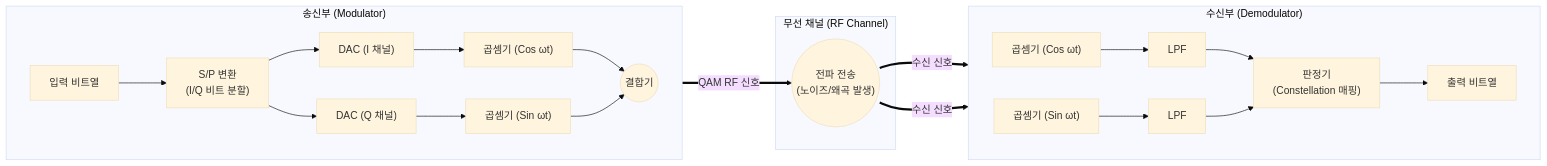
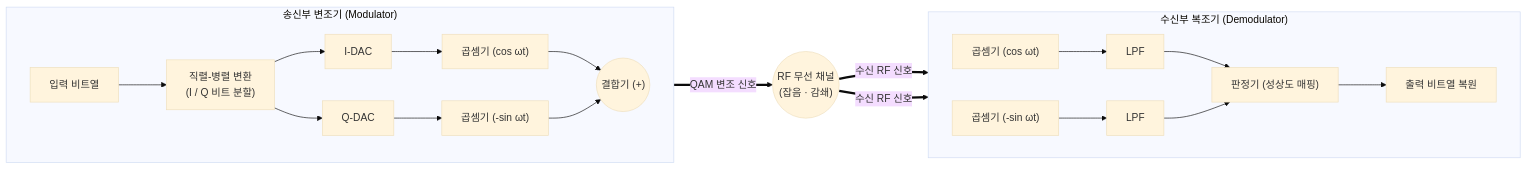
One commit to supremethumb/supremethumb.github.io changed the diagram in content/01_IT Tech/QAM(Quadrature Amplitude Modulation)--.md. Above: the diagram before and after it, drawn with Mermaid (base theme). The commit also changed other lines of this file and 362 other files, not shown here.

````diff
--- a/content/01_IT Tech/QAM(Quadrature Amplitude Modulation)--.md
+++ b/content/01_IT Tech/QAM(Quadrature Amplitude Modulation)--.md
@@ -30,31 +37,27 @@
 ```mermaid
 flowchart LR
-    subgraph Transmitter ["송신부 (Modulator)"]
+    subgraph Modulator ["송신부 변조기 (Modulator)"]
         direction LR
-        DataIn["입력 비트열"] --> S_P["S/P 변환<br/>(I/Q 비트 분할)"]
-        S_P --> DAC_I["DAC (I 채널)"]
-        S_P --> DAC_Q["DAC (Q 채널)"]
-        DAC_I --> MultI["곱셈기 (Cos ωt)"]
-        DAC_Q --> MultQ["곱셈기 (Sin ωt)"]
-        MultI --> Adder(("결합기"))
-        MultQ --> Adder
+        Bits["입력 비트열"] --> SP["직렬-병렬 변환<br/>(I / Q 비트 분할)"]
+        SP --> DAC_I["I-DAC"]
+        SP --> DAC_Q["Q-DAC"]
+        DAC_I --> Mult_I["곱셈기 (cos ωt)"]
+        DAC_Q --> Mult_Q["곱셈기 (-sin ωt)"]
+        Mult_I --> Add(("결합기 (+)"))
+        Mult_Q --> Add
     end
 
-    subgraph Channel ["무선 채널 (RF Channel)"]
-        Medium(("전파 전송<br/>(노이즈/왜곡 발생)"))
+    Channel(("RF 무선 채널<br/>(잡음 · 감쇄)"))
+
+    subgraph Demodulator ["수신부 복조기 (Demodulator)"]
+        direction LR
+        Dem_I["곱셈기 (cos ωt)"] --> LPF_I["LPF"]
+        Dem_Q["곱셈기 (-sin ωt)"] --> LPF_Q["LPF"]
+        LPF_I --> Dec["판정기 (성상도 매핑)"]
+        LPF_Q --> Dec
+        Dec --> Out["출력 비트열 복원"]
     end
 
-    subgraph Receiver ["수신부 (Demodulator)"]
-        direction LR
-        MultI_R["곱셈기 (Cos ωt)"] --> LPF_I["LPF"]
-        MultQ_R["곱셈기 (Sin ωt)"] --> LPF_Q["LPF"]
-        LPF_I --> Decision["판정기<br/>(Constellation 매핑)"]
-        LPF_Q --> Decision
-        Decision --> DataOut["출력 비트열"]
-    end
-
-    Adder == "QAM RF 신호" ==> Medium
-    Medium == "수신 신호" ==> MultI_R
-    Medium == "수신 신호" ==> MultQ_R
-
+    Add == "QAM 변조 신호" ==> Channel
+    Channel == "수신 RF 신호" ==> Dem_I & Dem_Q
 ```
````
